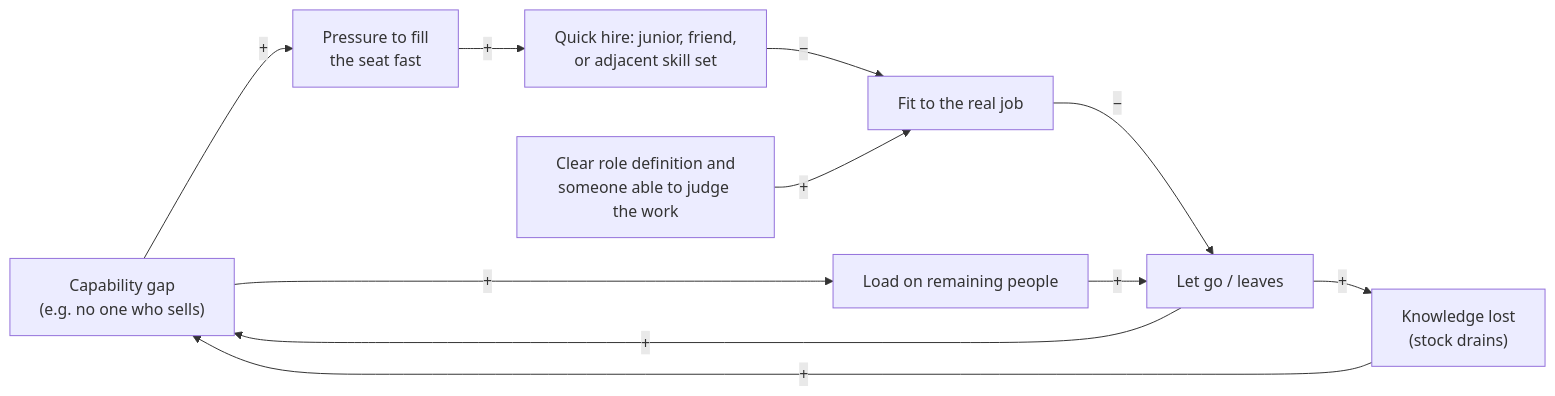
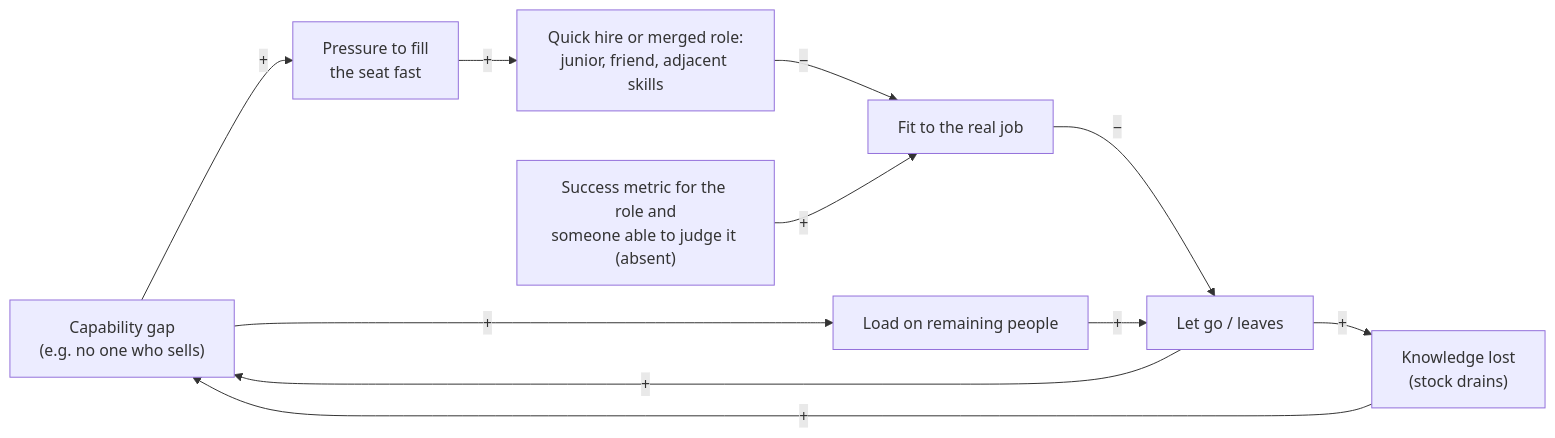
Before and after one commit to gregorykurnia/deus-evaluation: the second of 6 diagrams in outputs/01-systems-thinking.md, drawn with Mermaid. The commit also changed other lines of this file and 1 other file, not shown here.

````diff
--- a/outputs/01-systems-thinking.md
+++ b/outputs/01-systems-thinking.md
@@ -93,13 +110,13 @@
 ```mermaid
 flowchart LR
     GAP["Capability gap<br/>(e.g. no one who sells)"] -->|"+"| PRESS["Pressure to fill<br/>the seat fast"]
-    PRESS -->|"+"| QUICK["Quick hire: junior, friend,<br/>or adjacent skill set"]
+    PRESS -->|"+"| QUICK["Quick hire or merged role:<br/>junior, friend, adjacent skills"]
     QUICK -->|"−"| FIT["Fit to the real job"]
     FIT -->|"−"| EXIT["Let go / leaves"]
     EXIT -->|"+"| GAP
     EXIT -->|"+"| LOSS["Knowledge lost<br/>(stock drains)"]
     LOSS -->|"+"| GAP
-    SPEC["Clear role definition and<br/>someone able to judge the work"] -->|"+"| FIT
+    SPEC["Success metric for the role and<br/>someone able to judge it (absent)"] -->|"+"| FIT
     GAP -->|"+"| OVERLOAD["Load on remaining people"]
     OVERLOAD -->|"+"| EXIT
 ```
````
